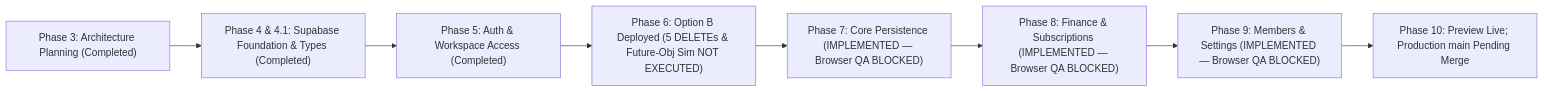
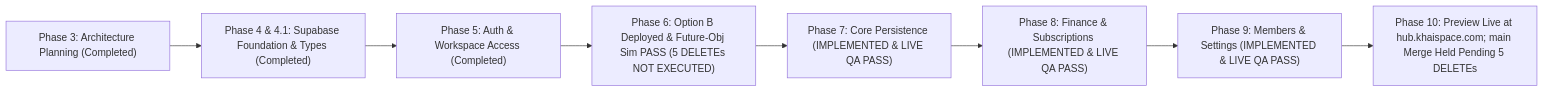
The diagram in apps/hub/docs/architecture/MIGRATION-ROADMAP.md (khairultajudin/khaispace), drawn with Mermaid before and after one commit. The commit also changed other lines of this file and 1 other file, not shown here.

Commit message:
docs(hub): record live authenticated browser QA pass on hub.khaispace.com

````diff
--- a/apps/hub/docs/architecture/MIGRATION-ROADMAP.md
+++ b/apps/hub/docs/architecture/MIGRATION-ROADMAP.md
@@ -20,10 +20,10 @@
 ```mermaid
 flowchart LR
     P3["Phase 3: Architecture Planning (Completed)"] --> P4["Phase 4 & 4.1: Supabase Foundation & Types (Completed)"]
     P4 --> P5["Phase 5: Auth & Workspace Access (Completed)"]
-    P5 --> P6["Phase 6: Option B Deployed (5 DELETEs & Future-Obj Sim NOT EXECUTED)"]
-    P6 --> P7["Phase 7: Core Persistence (IMPLEMENTED — Browser QA BLOCKED)"]
-    P7 --> P8["Phase 8: Finance & Subscriptions (IMPLEMENTED — Browser QA BLOCKED)"]
-    P8 --> P9["Phase 9: Members & Settings (IMPLEMENTED — Browser QA BLOCKED)"]
-    P9 --> P10["Phase 10: Preview Live; Production main Pending Merge"]
+    P5 --> P6["Phase 6: Option B Deployed & Future-Obj Sim PASS (5 DELETEs NOT EXECUTED)"]
+    P6 --> P7["Phase 7: Core Persistence (IMPLEMENTED & LIVE QA PASS)"]
+    P7 --> P8["Phase 8: Finance & Subscriptions (IMPLEMENTED & LIVE QA PASS)"]
+    P8 --> P9["Phase 9: Members & Settings (IMPLEMENTED & LIVE QA PASS)"]
+    P9 --> P10["Phase 10: Preview Live at hub.khaispace.com; main Merge Held Pending 5 DELETEs"]
 ```
````
